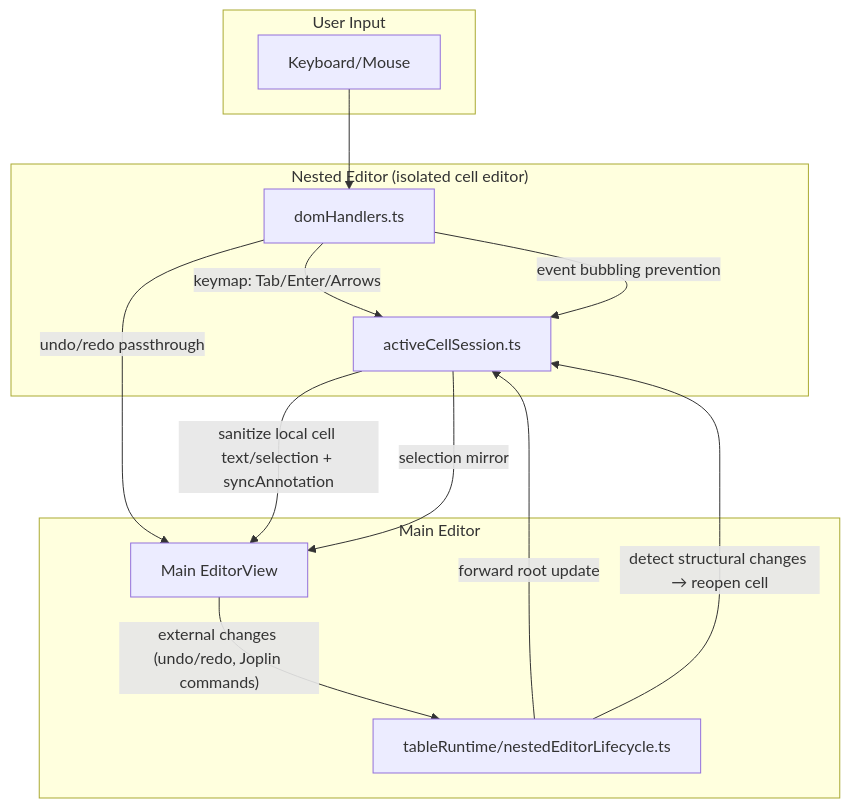
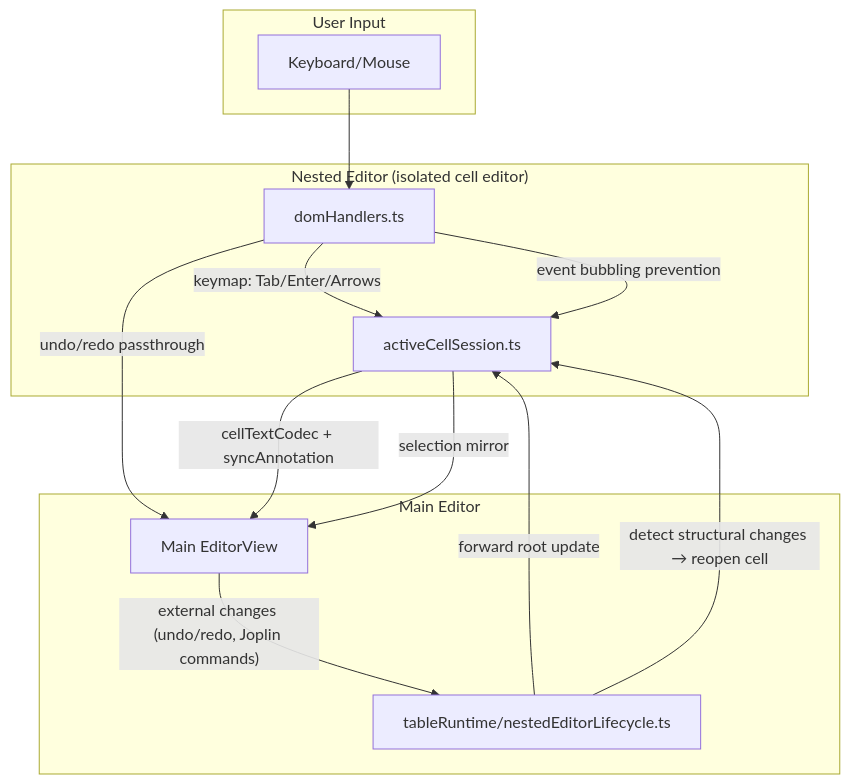
Before and after one commit to bwat47/joplin-rich-tables: the diagram in docs/Architecture/Overview.md, drawn with Mermaid. The commit also changed other lines of this file and 14 other files, not shown here.

````diff
--- a/docs/Architecture/Overview.md
+++ b/docs/Architecture/Overview.md
@@ -112,28 +113,28 @@
 ```mermaid
 flowchart TB
     subgraph User["User Input"]
         K["Keyboard/Mouse"]
     end
 
     subgraph Nested["Nested Editor (isolated cell editor)"]
         NE["activeCellSession.ts"]
         DH["domHandlers.ts"]
     end
 
     subgraph Main["Main Editor"]
         ME["Main EditorView"]
         LC["tableRuntime/nestedEditorLifecycle.ts"]
     end
 
     K --> DH
     DH -->|"keymap: Tab/Enter/Arrows"| NE
     DH -->|"undo/redo passthrough"| ME
     DH -->|"event bubbling prevention"| NE
 
-    NE -->|"sanitize local cell text/selection + syncAnnotation"| ME
+    NE -->|"cellTextCodec + syncAnnotation"| ME
     NE -->|"selection mirror"| ME
 
     ME -->|"external changes (undo/redo, Joplin commands)"| LC
     LC -->|"forward root update"| NE
     LC -->|"detect structural changes → reopen cell"| NE
 ```
````
